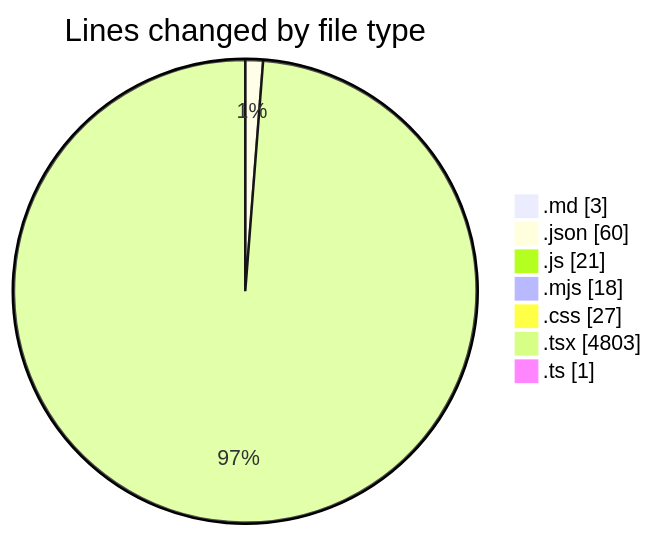
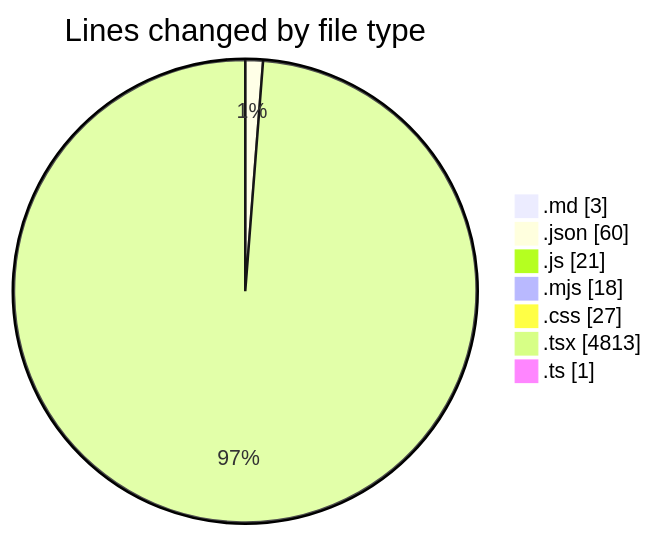
Before and after one commit to Ritupan-Deka/code-tracking: the first of 2 diagrams in 2025-06-18/scopesketch-app/README.md, drawn with Mermaid. The commit also changed other lines of this file and 1 other file, not shown here.

````diff
--- a/2025-06-18/scopesketch-app/README.md
+++ b/2025-06-18/scopesketch-app/README.md
@@ -31,11 +31,11 @@
 ```mermaid
 pie showData
 title Lines changed by file type
 ".md" : 3
 ".json" : 60
 ".js" : 21
 ".mjs" : 18
 ".css" : 27
-".tsx" : 4803
+".tsx" : 4813
 ".ts" : 1
 ```
````
